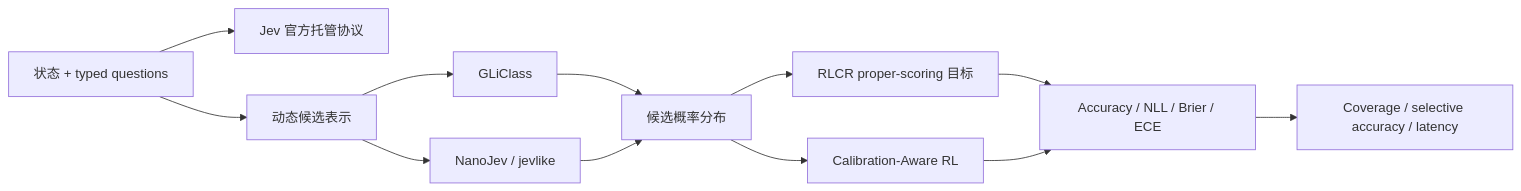
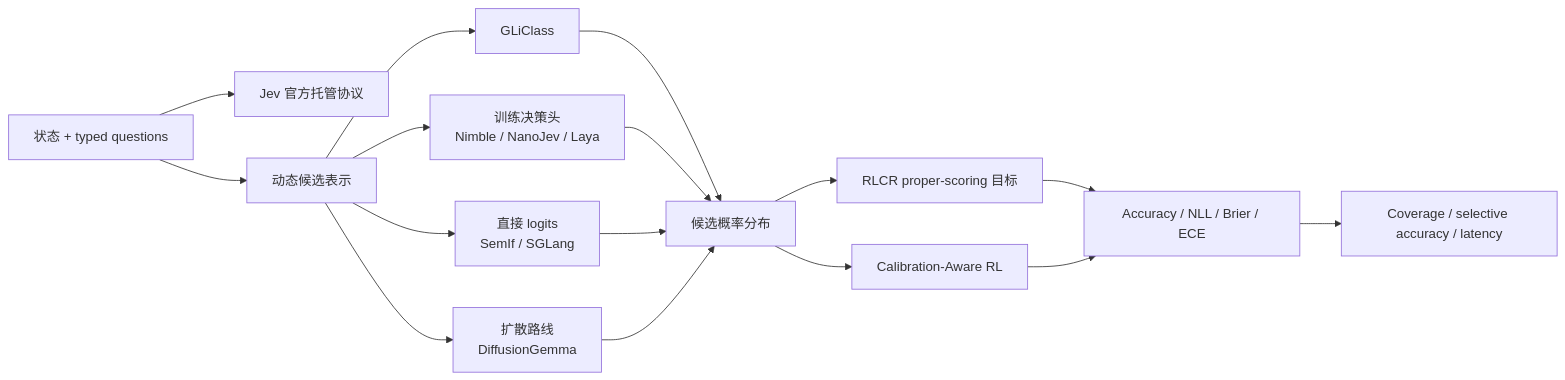
The diagram in docs/system-one/lineage.md (daiwk/auto-research), drawn with Mermaid before and after one commit. The commit also changed other lines of this file and 7 other files, not shown here.

````diff
--- a/docs/system-one/lineage.md
+++ b/docs/system-one/lineage.md
@@ -5,14 +5,18 @@
 ```mermaid
 flowchart LR
   S["状态 + typed questions"] --> J["Jev 官方托管协议"]
   S --> D["动态候选表示"]
   D --> G["GLiClass"]
-  D --> N["NanoJev / jevlike"]
+  D --> T["训练决策头<br/>Nimble / NanoJev / Laya"]
+  D --> L["直接 logits<br/>SemIf / SGLang"]
+  D --> F["扩散路线<br/>DiffusionGemma"]
   G --> P["候选概率分布"]
-  N --> P
+  T --> P
+  L --> P
+  F --> P
   P --> R["RLCR proper-scoring 目标"]
   P --> C["Calibration-Aware RL"]
   R --> E["Accuracy / NLL / Brier / ECE"]
   C --> E
   E --> V["Coverage / selective accuracy / latency"]
 ```
````
